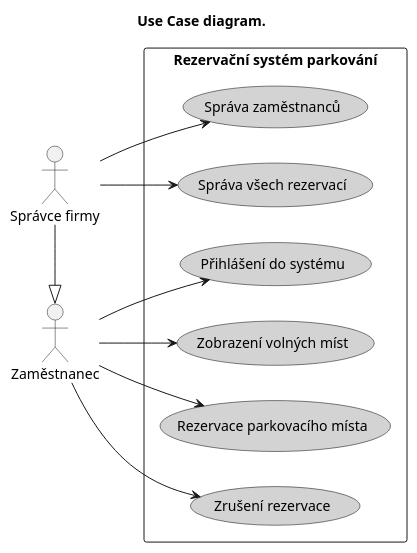
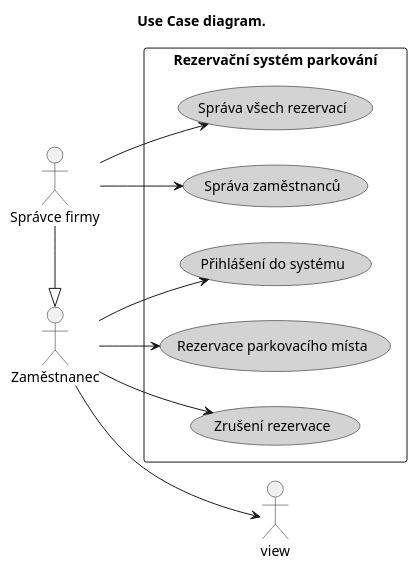
Before and after one commit to AidenCze/SWI-Project: the diagram in docs/diagramy/use-case.puml, drawn with PlantUML.

Commit message:
Remove unused use case 'Zobrazení volných míst'

```diff
--- a/docs/diagramy/use-case.puml
+++ b/docs/diagramy/use-case.puml
@@ -1,44 +1,44 @@
 @startuml
 title Use Case diagram.
 
 left to right direction
 skinparam packageStyle rectangle
 
 ' Nastavení barev
 skinparam usecase {
     BackgroundColor LightGray
     BorderColor Black
 }
 
 actor "Zaměstnanec" as emp
 actor "Správce firmy" as admin
 
 ' Správce dědí práva od zaměstnance
 admin -|> emp
 
 rectangle "Rezervační systém parkování" {
     
     ' Společný Use Case
     usecase "Přihlášení do systému" as login
     
     ' Use Casy Zaměstnance
-    usecase "Zobrazení volných míst" as view
+  
     usecase "Rezervace parkovacího místa" as reserve
     usecase "Zrušení rezervace" as cancel
     
     ' Specifické Use Casy pouze pro Správce
     usecase "Správa zaměstnanců" as manage_emps
     usecase "Správa všech rezervací" as manage_all_res
 }
 
 ' Propojení aktéra Zaměstnanec
 emp --> login
 emp --> view
 emp --> reserve
 emp --> cancel
 
 ' Propojení aktéra Správce (zbytek dědí)
 admin --> manage_emps
 admin --> manage_all_res
 
 @enduml
```
